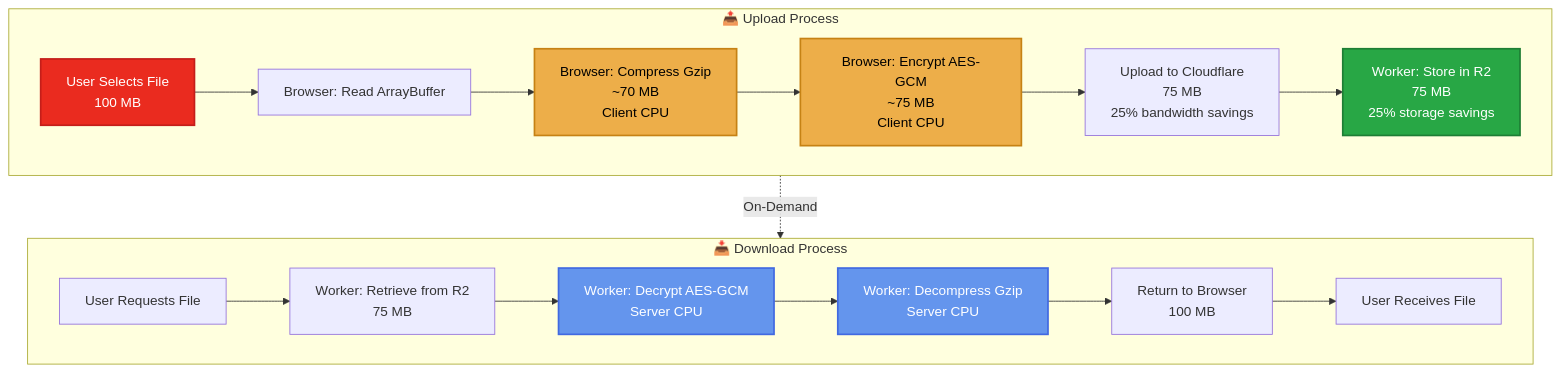
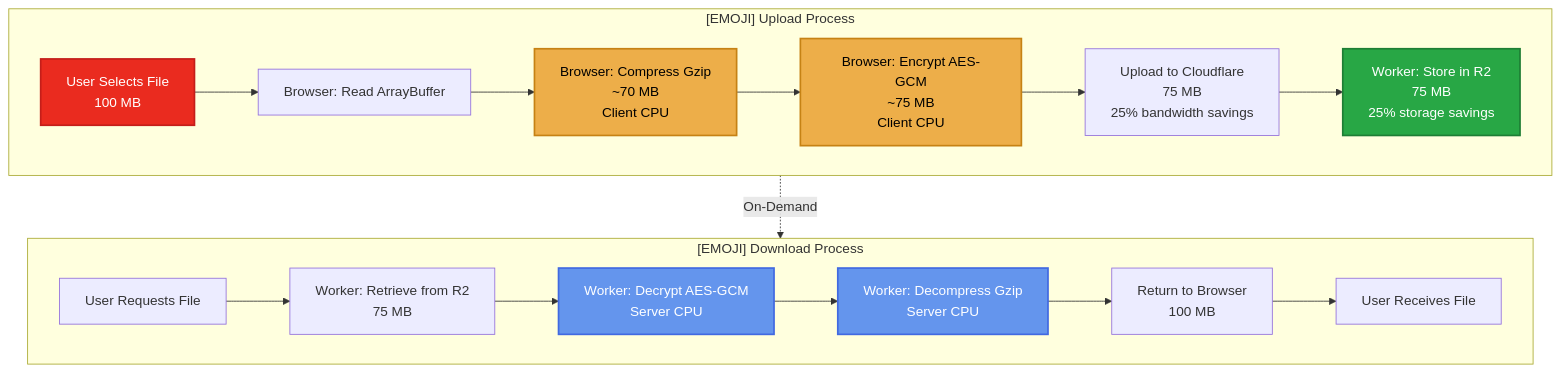
One commit to Underwood-Inc/strixun-stream-suite changed the second of 2 diagrams in docs/STORAGE_OPTIMIZATION_PROPOSAL.md. Above: the diagram before and after it, drawn with Mermaid. The commit also changed other lines of this file and 488 other files, not shown here.

````diff
--- a/docs/STORAGE_OPTIMIZATION_PROPOSAL.md
+++ b/docs/STORAGE_OPTIMIZATION_PROPOSAL.md
@@ -54,27 +54,27 @@
 ```mermaid
 flowchart TB
-    subgraph Upload["📤 Upload Process"]
+    subgraph Upload["[EMOJI] Upload Process"]
         A[User Selects File<br/>100 MB] --> B[Browser: Read ArrayBuffer]
         B --> C[Browser: Compress Gzip<br/>~70 MB<br/>Client CPU]
         C --> D[Browser: Encrypt AES-GCM<br/>~75 MB<br/>Client CPU]
         D --> E[Upload to Cloudflare<br/>75 MB<br/>25% bandwidth savings]
         E --> F[Worker: Store in R2<br/>75 MB<br/>25% storage savings]
     end
     
-    subgraph Download["📥 Download Process"]
+    subgraph Download["[EMOJI] Download Process"]
         G[User Requests File] --> H[Worker: Retrieve from R2<br/>75 MB]
         H --> I[Worker: Decrypt AES-GCM<br/>Server CPU]
         I --> J[Worker: Decompress Gzip<br/>Server CPU]
         J --> K[Return to Browser<br/>100 MB]
         K --> L[User Receives File]
     end
     
     Upload -.->|On-Demand| Download
     
     style A fill:#ea2b1f,stroke:#c41e1a,stroke-width:2px,color:#fff
     style C fill:#edae49,stroke:#c68214,stroke-width:2px,color:#000
     style D fill:#edae49,stroke:#c68214,stroke-width:2px,color:#000
     style F fill:#28a745,stroke:#1e7e34,stroke-width:2px,color:#fff
     style I fill:#6495ed,stroke:#4169e1,stroke-width:2px,color:#fff
     style J fill:#6495ed,stroke:#4169e1,stroke-width:2px,color:#fff
 ```
````
